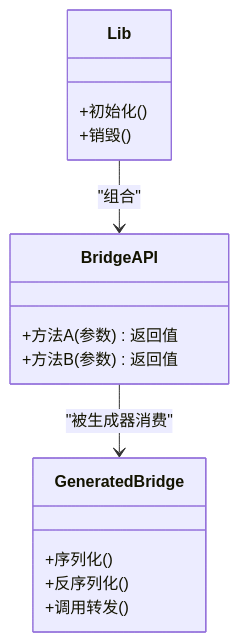
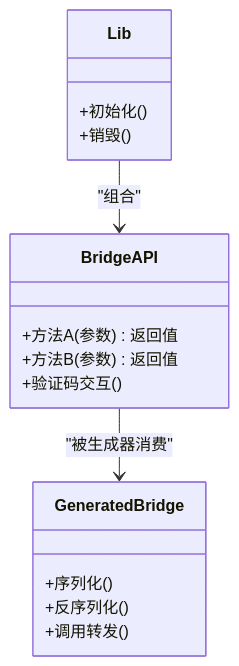
One commit to ZhangGHGitHub/LegadoTeamFlutter changed the third of 5 diagrams in .qoder/repowiki/zh/content/Flutter跨平台应用/FFI集成/Flutter Rust Bridge工具.md. Above: the diagram before and after it, drawn with Mermaid. The commit also changed other lines of this file and 173 other files, not shown here.

````diff
--- a/.qoder/repowiki/zh/content/Flutter跨平台应用/FFI集成/Flutter Rust Bridge工具.md
+++ b/.qoder/repowiki/zh/content/Flutter跨平台应用/FFI集成/Flutter Rust Bridge工具.md
@@ -168,18 +195,19 @@
 ```mermaid
 classDiagram
 class Lib {
 +初始化()
 +销毁()
 }
 class BridgeAPI {
 +方法A(参数) 返回值
 +方法B(参数) 返回值
++验证码交互()
 }
 class GeneratedBridge {
 +序列化()
 +反序列化()
 +调用转发()
 }
 Lib --> BridgeAPI : "组合"
 BridgeAPI --> GeneratedBridge : "被生成器消费"
 ```
````
